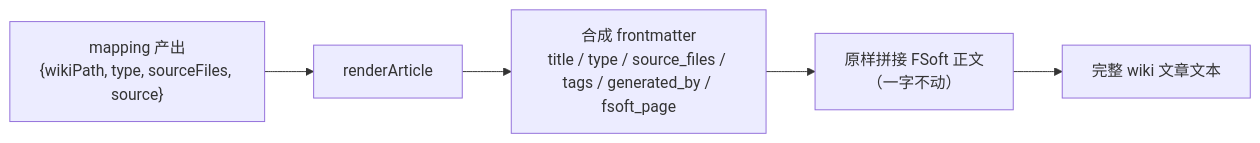
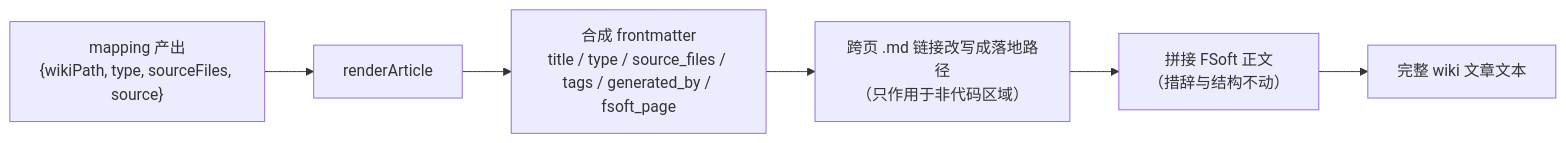
The sixth of 8 diagrams in .codewiki/modules/quality-gates.md (ikliml666/dsh-codewiki), drawn with Mermaid before and after one commit. The commit also changed other lines of this file and 15 other files, not shown here.

````diff
--- a/.codewiki/modules/quality-gates.md
+++ b/.codewiki/modules/quality-gates.md
@@ -180,7 +183,8 @@
 ```mermaid
 flowchart LR
     A["mapping 产出<br/>{wikiPath, type, sourceFiles, source}"] --> B["renderArticle"]
     B --> C["合成 frontmatter<br/>title / type / source_files / tags / generated_by / fsoft_page"]
-    C --> D["原样拼接 FSoft 正文<br/>（一字不动）"]
+    C --> R["跨页 .md 链接改写成落地路径<br/>（只作用于非代码区域）"]
+    R --> D["拼接 FSoft 正文<br/>（措辞与结构不动）"]
     D --> E["完整 wiki 文章文本"]
 ```
````
